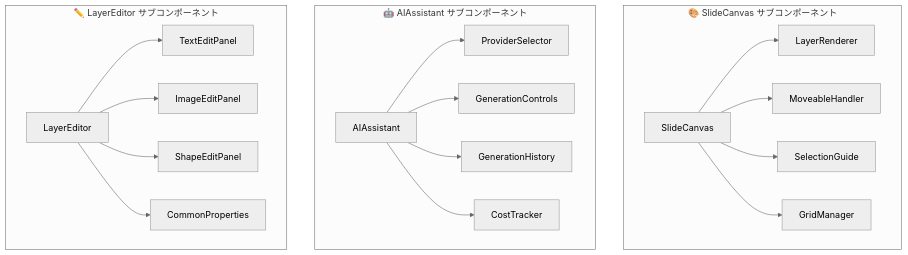
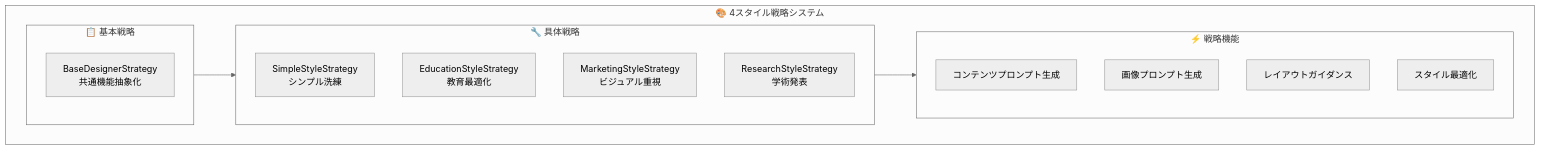
The third of 9 diagrams in docs/02_Basic_Design.md (t2k2pp/SlideMaster), drawn with Mermaid (neutral theme) before and after one commit. The commit also changed other lines of this file and 4 other files, not shown here.

````diff
--- a/docs/02_Basic_Design.md
+++ b/docs/02_Basic_Design.md
@@ -156,26 +128,25 @@
 ```mermaid
 graph TD
-    subgraph SlideCanvas_Components["🎨 SlideCanvas サブコンポーネント"]
-        SC["SlideCanvas"]
-        SC --> LR["LayerRenderer"]
-        SC --> MH["MoveableHandler"]
-        SC --> SG["SelectionGuide"]
-        SC --> GM["GridManager"]
+    subgraph Style_Strategy["🎨 4スタイル戦略システム"]
+        subgraph Base_Strategy["📋 基本戦略"]
+            BaseDesigner["BaseDesignerStrategy<br/>共通機能抽象化"]
+        end
+        
+        subgraph Concrete_Strategies["🔧 具体戦略"]
+            Simple["SimpleStyleStrategy<br/>シンプル洗練"]
+            Education["EducationStyleStrategy<br/>教育最適化"]
+            Marketing["MarketingStyleStrategy<br/>ビジュアル重視"]
+            Research["ResearchStyleStrategy<br/>学術発表"]
+        end
+        
+        subgraph Strategy_Features["⚡ 戦略機能"]
+            ContentPrompt["コンテンツプロンプト生成"]
+            ImagePrompt["画像プロンプト生成"]
+            LayoutGuidance["レイアウトガイダンス"]
+            StyleOptimization["スタイル最適化"]
+        end
     end
     
-    subgraph AIAssistant_Components["🤖 AIAssistant サブコンポーネント"]
-        AA["AIAssistant"]
-        AA --> PS["ProviderSelector"]
-        AA --> GC["GenerationControls"]
-        AA --> GH["GenerationHistory"]
-        AA --> CT["CostTracker"]
-    end
-    
-    subgraph LayerEditor_Components["✏️ LayerEditor サブコンポーネント"]
-        LE["LayerEditor"]
-        LE --> TEP["TextEditPanel"]
-        LE --> IEP["ImageEditPanel"]
-        LE --> SEP["ShapeEditPanel"]
-        LE --> CP["CommonProperties"]
-    end
+    Base_Strategy --> Concrete_Strategies
+    Concrete_Strategies --> Strategy_Features
 ```
````
